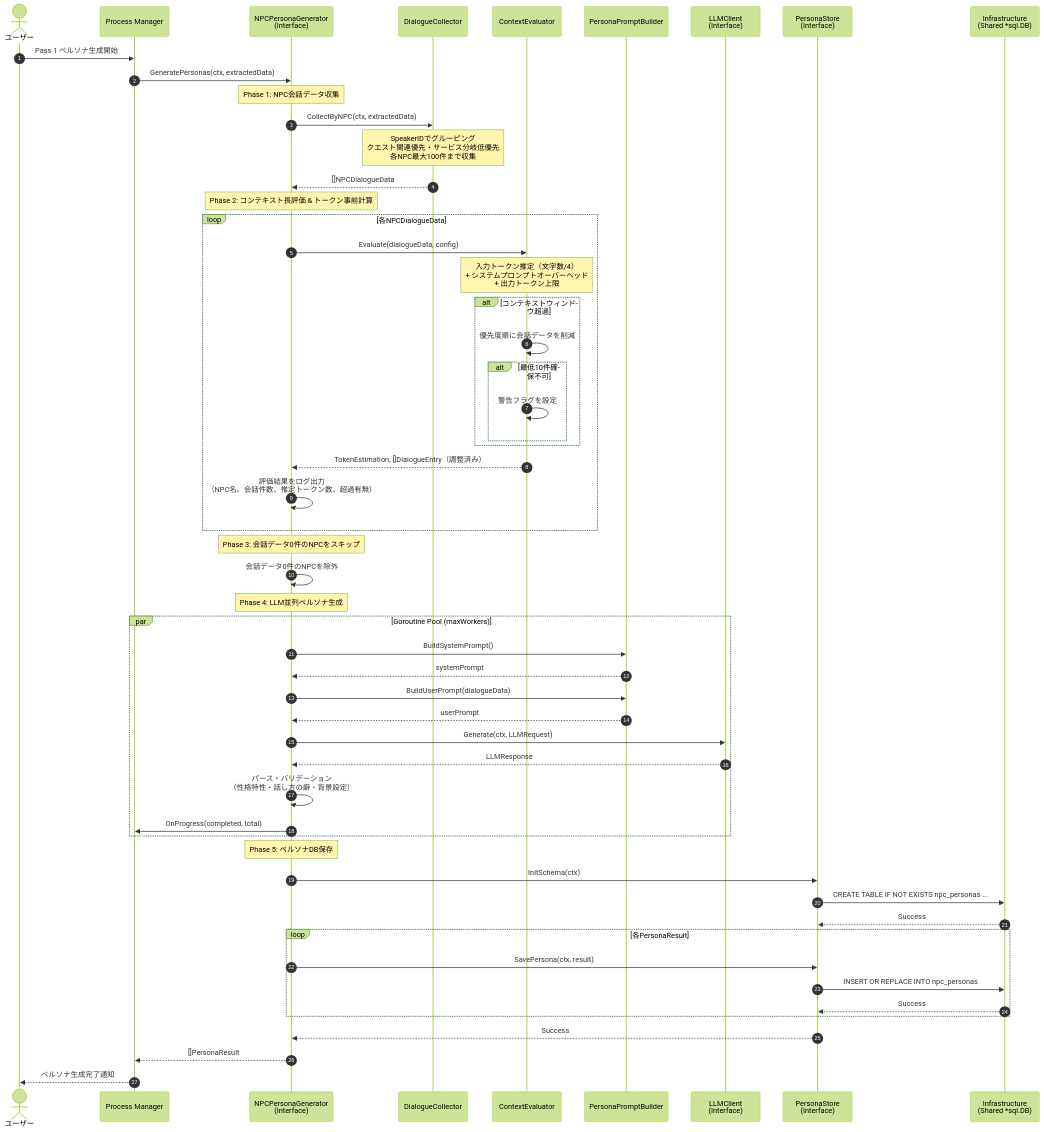
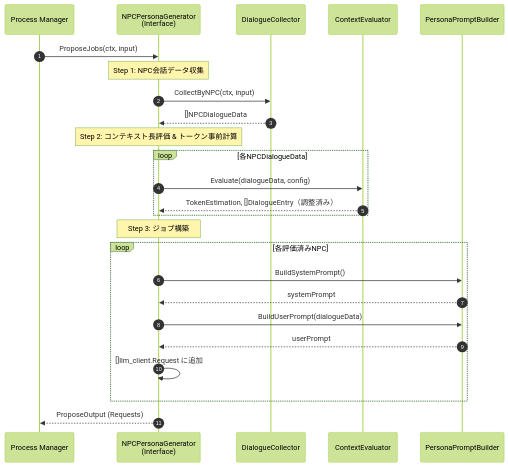
The first of 3 diagrams in specs/PersonaGenSlice/npc_persona_generator_sequence_diagram.md (ishibata91/ai-translation-engine-2), drawn with Mermaid (forest theme) before and after one commit. The commit also changed other lines of this file and 5 other files, not shown here.

````diff
--- a/specs/PersonaGenSlice/npc_persona_generator_sequence_diagram.md
+++ b/specs/PersonaGenSlice/npc_persona_generator_sequence_diagram.md
@@ -5,65 +9,32 @@
 ```mermaid
 sequenceDiagram
     autonumber
-    actor User as ユーザー
     participant PM as Process Manager
     participant PG as NPCPersonaGenerator<br/>(Interface)
     participant DC as DialogueCollector
     participant CE as ContextEvaluator
     participant PB as PersonaPromptBuilder
-    participant LLM as LLMClient<br/>(Interface)
-    participant PS as PersonaStore<br/>(Interface)
-    participant DB as Infrastructure<br/>(Shared *sql.DB)
 
-    User->>PM: Pass 1 ペルソナ生成開始
-    PM->>PG: GeneratePersonas(ctx, extractedData)
+    PM->>PG: ProposeJobs(ctx, input)
 
-    Note over PG: Phase 1: NPC会話データ収集
-    PG->>DC: CollectByNPC(ctx, extractedData)
-    Note over DC: SpeakerIDでグルーピング<br/>クエスト関連優先・サービス分岐低優先<br/>各NPC最大100件まで収集
+    Note over PG: Step 1: NPC会話データ収集
+    PG->>DC: CollectByNPC(ctx, input)
     DC-->>PG: []NPCDialogueData
 
-    Note over PG: Phase 2: コンテキスト長評価 & トークン事前計算
+    Note over PG: Step 2: コンテキスト長評価 & トークン事前計算
     loop 各NPCDialogueData
         PG->>CE: Evaluate(dialogueData, config)
-        Note over CE: 入力トークン推定（文字数/4）<br/>+ システムプロンプトオーバーヘッド<br/>+ 出力トークン上限
-        alt コンテキストウィンドウ超過
-            CE->>CE: 優先度順に会話データを削減
-            alt 最低10件確保不可
-                CE->>CE: 警告フラグを設定
-            end
-        end
         CE-->>PG: TokenEstimation, []DialogueEntry（調整済み）
-        PG->>PG: 評価結果をログ出力<br/>（NPC名、会話件数、推定トークン数、超過有無）
     end
 
-    Note over PG: Phase 3: 会話データ0件のNPCをスキップ
-    PG->>PG: 会話データ0件のNPCを除外
-
-    Note over PG: Phase 4: LLM並列ペルソナ生成
-    par Goroutine Pool (maxWorkers)
+    Note over PG: Step 3: ジョブ構築
+    loop 各評価済みNPC
         PG->>PB: BuildSystemPrompt()
         PB-->>PG: systemPrompt
         PG->>PB: BuildUserPrompt(dialogueData)
         PB-->>PG: userPrompt
-        PG->>LLM: Generate(ctx, LLMRequest)
-        LLM-->>PG: LLMResponse
-        PG->>PG: パース・バリデーション<br/>（性格特性・話し方の癖・背景設定）
-        PG->>PM: OnProgress(completed, total)
+        PG->>PG: []llm_client.Request に追加
     end
 
-    Note over PG: Phase 5: ペルソナDB保存
-    PG->>PS: InitSchema(ctx)
-    PS->>DB: CREATE TABLE IF NOT EXISTS npc_personas ...
-    DB-->>PS: Success
-
-    loop 各PersonaResult
-        PG->>PS: SavePersona(ctx, result)
-        PS->>DB: INSERT OR REPLACE INTO npc_personas
-        DB-->>PS: Success
-    end
-    PS-->>PG: Success
-
-    PG-->>PM: []PersonaResult
-    PM-->>User: ペルソナ生成完了通知
+    PG-->>PM: ProposeOutput (Requests)
 ```
````
